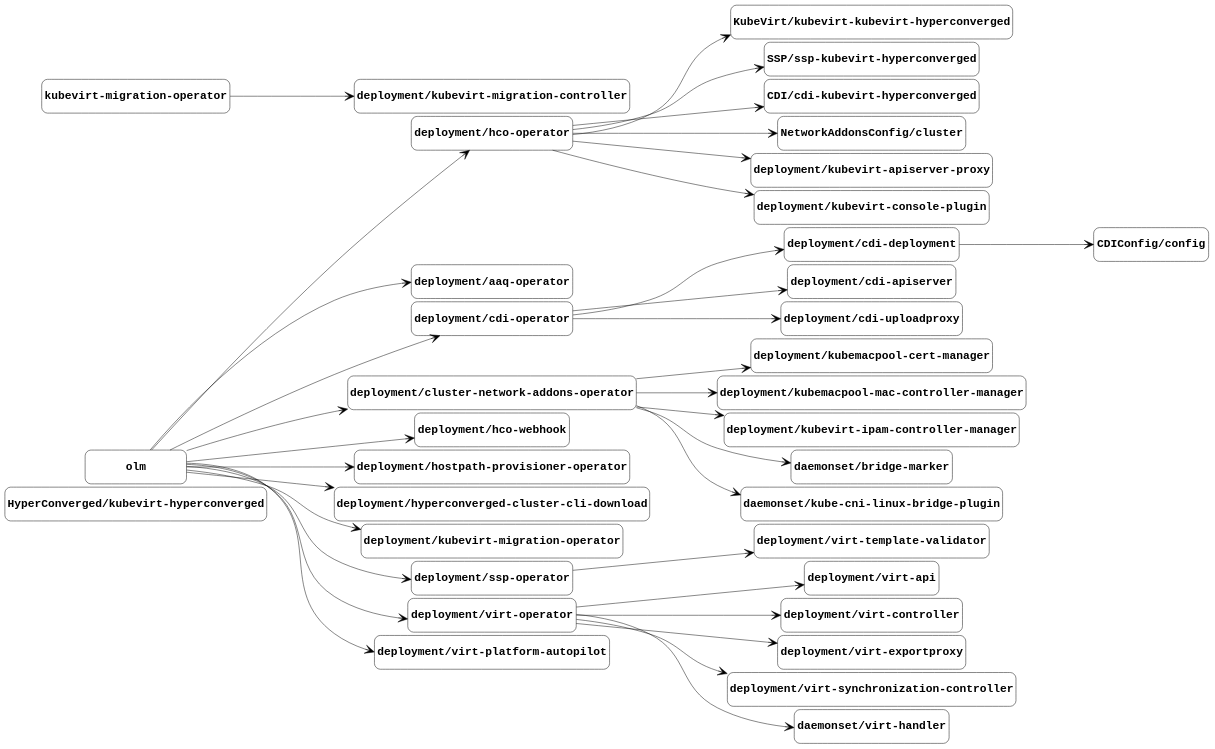
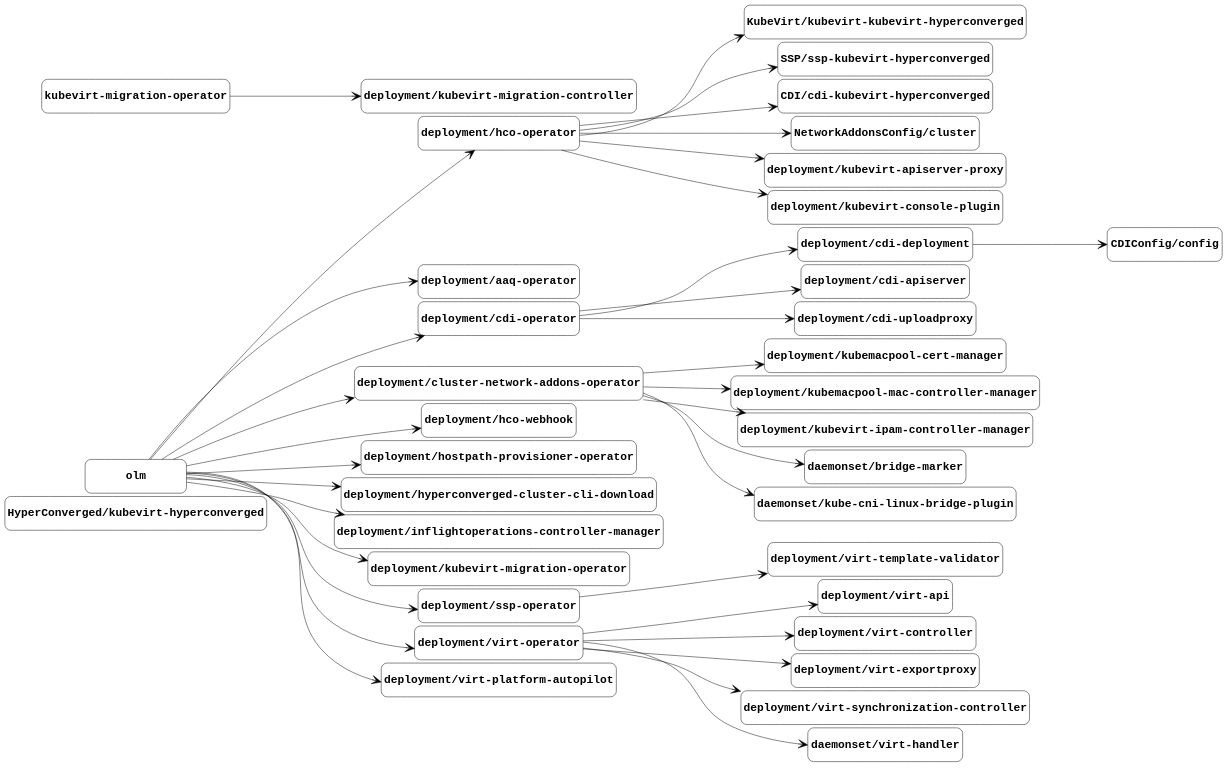
One commit to kubevirt/hyperconverged-cluster-operator changed the diagram in docs/managed-by.gv. Above: the diagram before and after it, drawn with Graphviz. The commit also changed 3 other files, not shown here.

Commit message:
Update component graphs from the nightly job (#4260)

```diff
--- a/docs/managed-by.gv
+++ b/docs/managed-by.gv
@@ -1,105 +1,108 @@
 digraph "managed-by" {
 	graph [center=true margin=0.2 nodesep=0.1 rankdir=LR ranksep=2]
 	node [fontname="Courier-Bold" fontsize=24 height=1 shape=box style=rounded width=3]
 	edge [arrowhead=vee arrowsize=2]
 	"HyperConverged/kubevirt-hyperconverged" [label="HyperConverged/kubevirt-hyperconverged"]
 	"KubeVirt/kubevirt-kubevirt-hyperconverged" [label="KubeVirt/kubevirt-kubevirt-hyperconverged"]
 	"deployment/hco-operator" [label="deployment/hco-operator"]
 	"deployment/hco-operator" -> "KubeVirt/kubevirt-kubevirt-hyperconverged"
 	"SSP/ssp-kubevirt-hyperconverged" [label="SSP/ssp-kubevirt-hyperconverged"]
 	"deployment/hco-operator" [label="deployment/hco-operator"]
 	"deployment/hco-operator" -> "SSP/ssp-kubevirt-hyperconverged"
 	"CDI/cdi-kubevirt-hyperconverged" [label="CDI/cdi-kubevirt-hyperconverged"]
 	"deployment/hco-operator" [label="deployment/hco-operator"]
 	"deployment/hco-operator" -> "CDI/cdi-kubevirt-hyperconverged"
 	"CDIConfig/config" [label="CDIConfig/config"]
 	"deployment/cdi-deployment" [label="deployment/cdi-deployment"]
 	"deployment/cdi-deployment" -> "CDIConfig/config"
 	"NetworkAddonsConfig/cluster" [label="NetworkAddonsConfig/cluster"]
 	"deployment/hco-operator" [label="deployment/hco-operator"]
 	"deployment/hco-operator" -> "NetworkAddonsConfig/cluster"
 	"deployment/aaq-operator" [label="deployment/aaq-operator"]
 	olm [label=olm]
 	olm -> "deployment/aaq-operator"
 	"deployment/cdi-apiserver" [label="deployment/cdi-apiserver"]
 	"deployment/cdi-operator" [label="deployment/cdi-operator"]
 	"deployment/cdi-operator" -> "deployment/cdi-apiserver"
 	"deployment/cdi-deployment" [label="deployment/cdi-deployment"]
 	"deployment/cdi-operator" [label="deployment/cdi-operator"]
 	"deployment/cdi-operator" -> "deployment/cdi-deployment"
 	"deployment/cdi-operator" [label="deployment/cdi-operator"]
 	olm [label=olm]
 	olm -> "deployment/cdi-operator"
 	"deployment/cdi-uploadproxy" [label="deployment/cdi-uploadproxy"]
 	"deployment/cdi-operator" [label="deployment/cdi-operator"]
 	"deployment/cdi-operator" -> "deployment/cdi-uploadproxy"
 	"deployment/cluster-network-addons-operator" [label="deployment/cluster-network-addons-operator"]
 	olm [label=olm]
 	olm -> "deployment/cluster-network-addons-operator"
 	"deployment/hco-operator" [label="deployment/hco-operator"]
 	olm [label=olm]
 	olm -> "deployment/hco-operator"
 	"deployment/hco-webhook" [label="deployment/hco-webhook"]
 	olm [label=olm]
 	olm -> "deployment/hco-webhook"
 	"deployment/hostpath-provisioner-operator" [label="deployment/hostpath-provisioner-operator"]
 	olm [label=olm]
 	olm -> "deployment/hostpath-provisioner-operator"
 	"deployment/hyperconverged-cluster-cli-download" [label="deployment/hyperconverged-cluster-cli-download"]
 	olm [label=olm]
 	olm -> "deployment/hyperconverged-cluster-cli-download"
+	"deployment/inflightoperations-controller-manager" [label="deployment/inflightoperations-controller-manager"]
+	olm [label=olm]
+	olm -> "deployment/inflightoperations-controller-manager"
 	"deployment/kubemacpool-cert-manager" [label="deployment/kubemacpool-cert-manager"]
 	"deployment/cluster-network-addons-operator" [label="deployment/cluster-network-addons-operator"]
 	"deployment/cluster-network-addons-operator" -> "deployment/kubemacpool-cert-manager"
 	"deployment/kubemacpool-mac-controller-manager" [label="deployment/kubemacpool-mac-controller-manager"]
 	"deployment/cluster-network-addons-operator" [label="deployment/cluster-network-addons-operator"]
 	"deployment/cluster-network-addons-operator" -> "deployment/kubemacpool-mac-controller-manager"
 	"deployment/kubevirt-apiserver-proxy" [label="deployment/kubevirt-apiserver-proxy"]
 	"deployment/hco-operator" [label="deployment/hco-operator"]
 	"deployment/hco-operator" -> "deployment/kubevirt-apiserver-proxy"
 	"deployment/kubevirt-console-plugin" [label="deployment/kubevirt-console-plugin"]
 	"deployment/hco-operator" [label="deployment/hco-operator"]
 	"deployment/hco-operator" -> "deployment/kubevirt-console-plugin"
 	"deployment/kubevirt-ipam-controller-manager" [label="deployment/kubevirt-ipam-controller-manager"]
 	"deployment/cluster-network-addons-operator" [label="deployment/cluster-network-addons-operator"]
 	"deployment/cluster-network-addons-operator" -> "deployment/kubevirt-ipam-controller-manager"
 	"deployment/kubevirt-migration-controller" [label="deployment/kubevirt-migration-controller"]
 	"kubevirt-migration-operator" [label="kubevirt-migration-operator"]
 	"kubevirt-migration-operator" -> "deployment/kubevirt-migration-controller"
 	"deployment/kubevirt-migration-operator" [label="deployment/kubevirt-migration-operator"]
 	olm [label=olm]
 	olm -> "deployment/kubevirt-migration-operator"
 	"deployment/ssp-operator" [label="deployment/ssp-operator"]
 	olm [label=olm]
 	olm -> "deployment/ssp-operator"
 	"deployment/virt-api" [label="deployment/virt-api"]
 	"deployment/virt-operator" [label="deployment/virt-operator"]
 	"deployment/virt-operator" -> "deployment/virt-api"
 	"deployment/virt-controller" [label="deployment/virt-controller"]
 	"deployment/virt-operator" [label="deployment/virt-operator"]
 	"deployment/virt-operator" -> "deployment/virt-controller"
 	"deployment/virt-exportproxy" [label="deployment/virt-exportproxy"]
 	"deployment/virt-operator" [label="deployment/virt-operator"]
 	"deployment/virt-operator" -> "deployment/virt-exportproxy"
 	"deployment/virt-operator" [label="deployment/virt-operator"]
 	olm [label=olm]
 	olm -> "deployment/virt-operator"
 	"deployment/virt-platform-autopilot" [label="deployment/virt-platform-autopilot"]
 	olm [label=olm]
 	olm -> "deployment/virt-platform-autopilot"
 	"deployment/virt-synchronization-controller" [label="deployment/virt-synchronization-controller"]
 	"deployment/virt-operator" [label="deployment/virt-operator"]
 	"deployment/virt-operator" -> "deployment/virt-synchronization-controller"
 	"deployment/virt-template-validator" [label="deployment/virt-template-validator"]
 	"deployment/ssp-operator" [label="deployment/ssp-operator"]
 	"deployment/ssp-operator" -> "deployment/virt-template-validator"
 	"daemonset/bridge-marker" [label="daemonset/bridge-marker"]
 	"deployment/cluster-network-addons-operator" [label="deployment/cluster-network-addons-operator"]
 	"deployment/cluster-network-addons-operator" -> "daemonset/bridge-marker"
 	"daemonset/kube-cni-linux-bridge-plugin" [label="daemonset/kube-cni-linux-bridge-plugin"]
 	"deployment/cluster-network-addons-operator" [label="deployment/cluster-network-addons-operator"]
 	"deployment/cluster-network-addons-operator" -> "daemonset/kube-cni-linux-bridge-plugin"
 	"daemonset/virt-handler" [label="daemonset/virt-handler"]
 	"deployment/virt-operator" [label="deployment/virt-operator"]
 	"deployment/virt-operator" -> "daemonset/virt-handler"
 }
```
